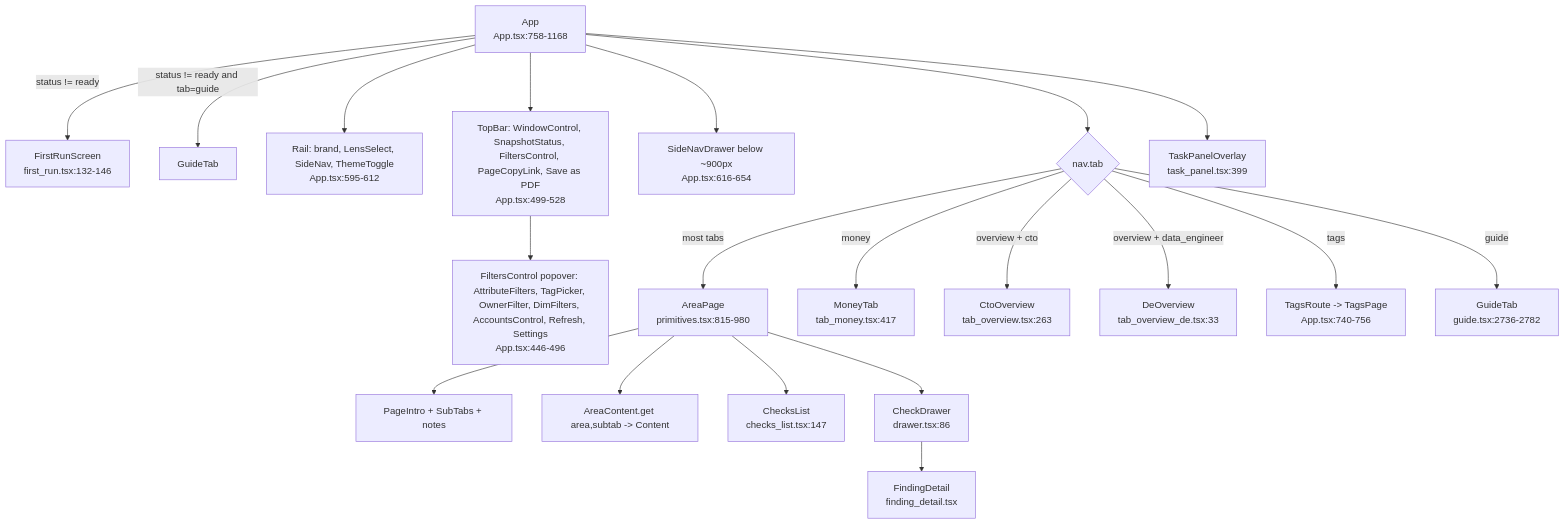
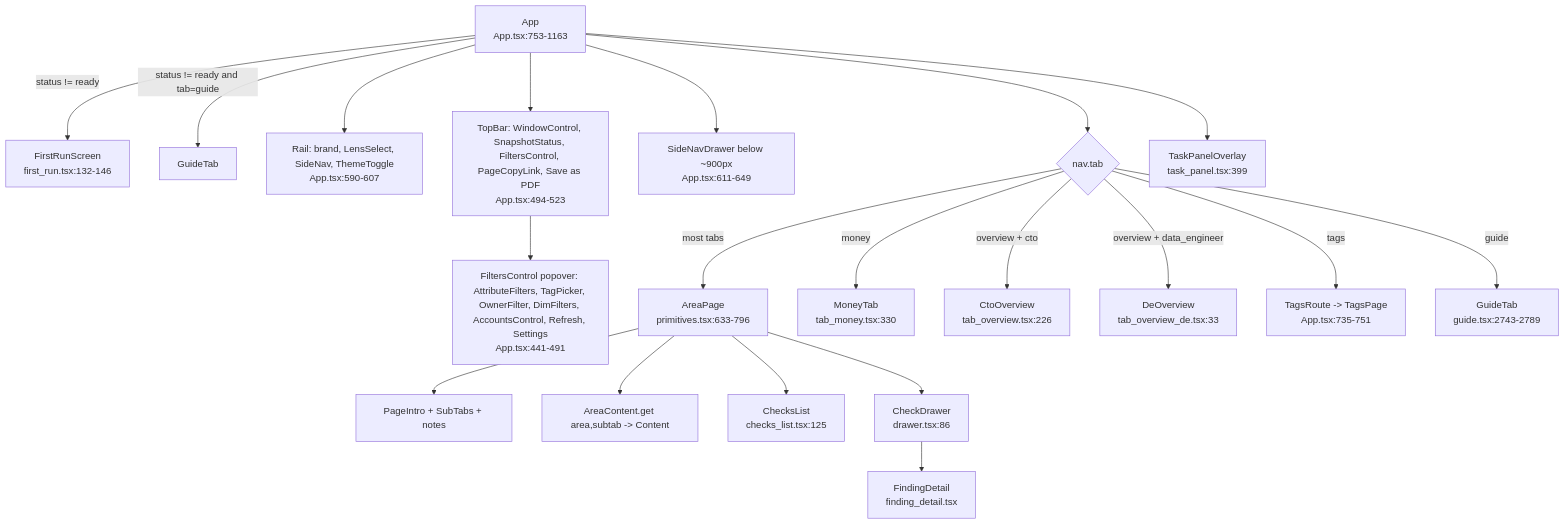
The second of 3 diagrams in snowflake-audit-app-knowledge-graph/modules/web.md (darshanmeel/snowflake-audit-app), drawn with Mermaid before and after one commit. The commit also changed other lines of this file and 191 other files, not shown here.

First line of the commit message:
Fix remaining review findings; update graph and docs

````diff
--- a/snowflake-audit-app-knowledge-graph/modules/web.md
+++ b/snowflake-audit-app-knowledge-graph/modules/web.md
@@ -27,23 +27,23 @@
 ```mermaid
 flowchart TD
-  App[App<br/>App.tsx:758-1168]
+  App[App<br/>App.tsx:753-1163]
   App -->|status != ready| FR[FirstRunScreen<br/>first_run.tsx:132-146]
   App -->|status != ready and tab=guide| GT0[GuideTab]
-  App --> Rail[Rail: brand, LensSelect, SideNav, ThemeToggle<br/>App.tsx:595-612]
-  App --> Top[TopBar: WindowControl, SnapshotStatus, FiltersControl, PageCopyLink, Save as PDF<br/>App.tsx:499-528]
-  Top --> Fil[FiltersControl popover: AttributeFilters, TagPicker, OwnerFilter, DimFilters, AccountsControl, Refresh, Settings<br/>App.tsx:446-496]
-  App --> Drw[SideNavDrawer below ~900px<br/>App.tsx:616-654]
+  App --> Rail[Rail: brand, LensSelect, SideNav, ThemeToggle<br/>App.tsx:590-607]
+  App --> Top[TopBar: WindowControl, SnapshotStatus, FiltersControl, PageCopyLink, Save as PDF<br/>App.tsx:494-523]
+  Top --> Fil[FiltersControl popover: AttributeFilters, TagPicker, OwnerFilter, DimFilters, AccountsControl, Refresh, Settings<br/>App.tsx:441-491]
+  App --> Drw[SideNavDrawer below ~900px<br/>App.tsx:611-649]
   App --> Body{nav.tab}
-  Body -->|most tabs| AP[AreaPage<br/>primitives.tsx:815-980]
-  Body -->|money| Money[MoneyTab<br/>tab_money.tsx:417]
-  Body -->|overview + cto| Cto[CtoOverview<br/>tab_overview.tsx:263]
+  Body -->|most tabs| AP[AreaPage<br/>primitives.tsx:633-796]
+  Body -->|money| Money[MoneyTab<br/>tab_money.tsx:330]
+  Body -->|overview + cto| Cto[CtoOverview<br/>tab_overview.tsx:226]
   Body -->|overview + data_engineer| De[DeOverview<br/>tab_overview_de.tsx:33]
-  Body -->|tags| Tags[TagsRoute -> TagsPage<br/>App.tsx:740-756]
-  Body -->|guide| GT[GuideTab<br/>guide.tsx:2736-2782]
+  Body -->|tags| Tags[TagsRoute -> TagsPage<br/>App.tsx:735-751]
+  Body -->|guide| GT[GuideTab<br/>guide.tsx:2743-2789]
   AP --> PI[PageIntro + SubTabs + notes]
   AP --> CT[AreaContent.get area,subtab -> Content]
-  AP --> CL[ChecksList<br/>checks_list.tsx:147]
+  AP --> CL[ChecksList<br/>checks_list.tsx:125]
   AP --> CD[CheckDrawer<br/>drawer.tsx:86]
   CD --> FD[FindingDetail<br/>finding_detail.tsx]
   App --> TP[TaskPanelOverlay<br/>task_panel.tsx:399]
 ```
````
